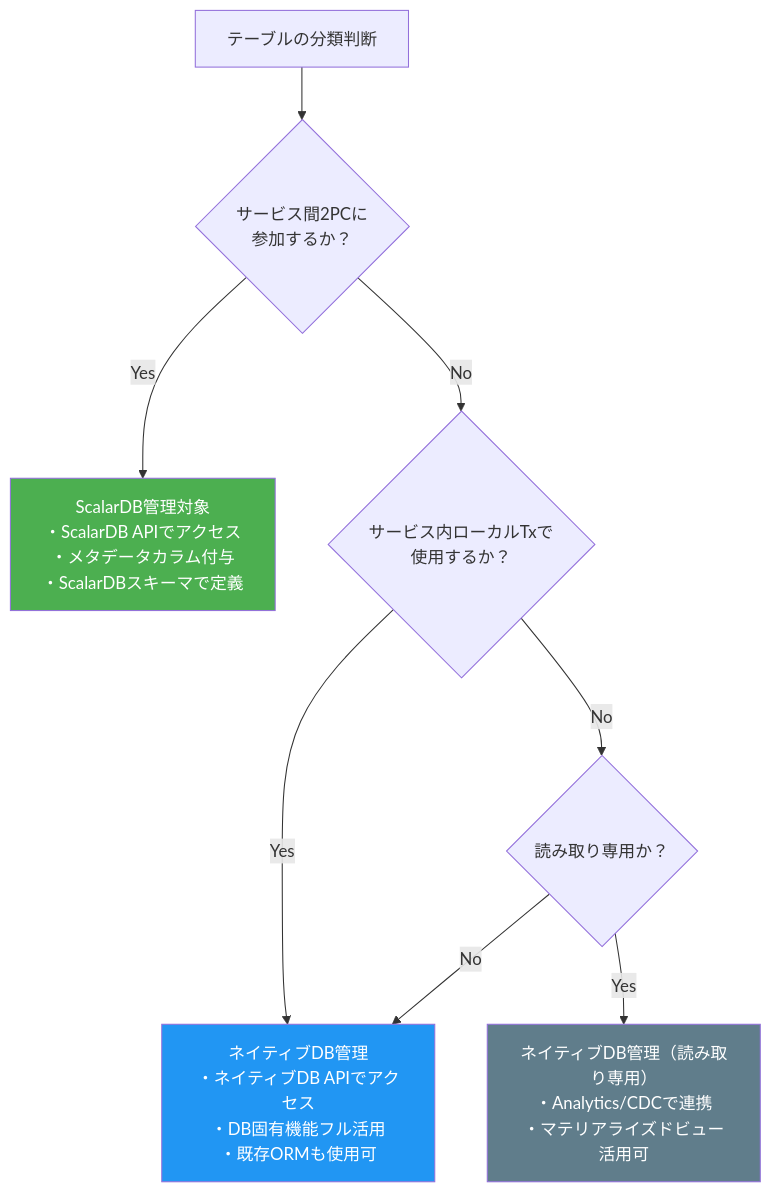
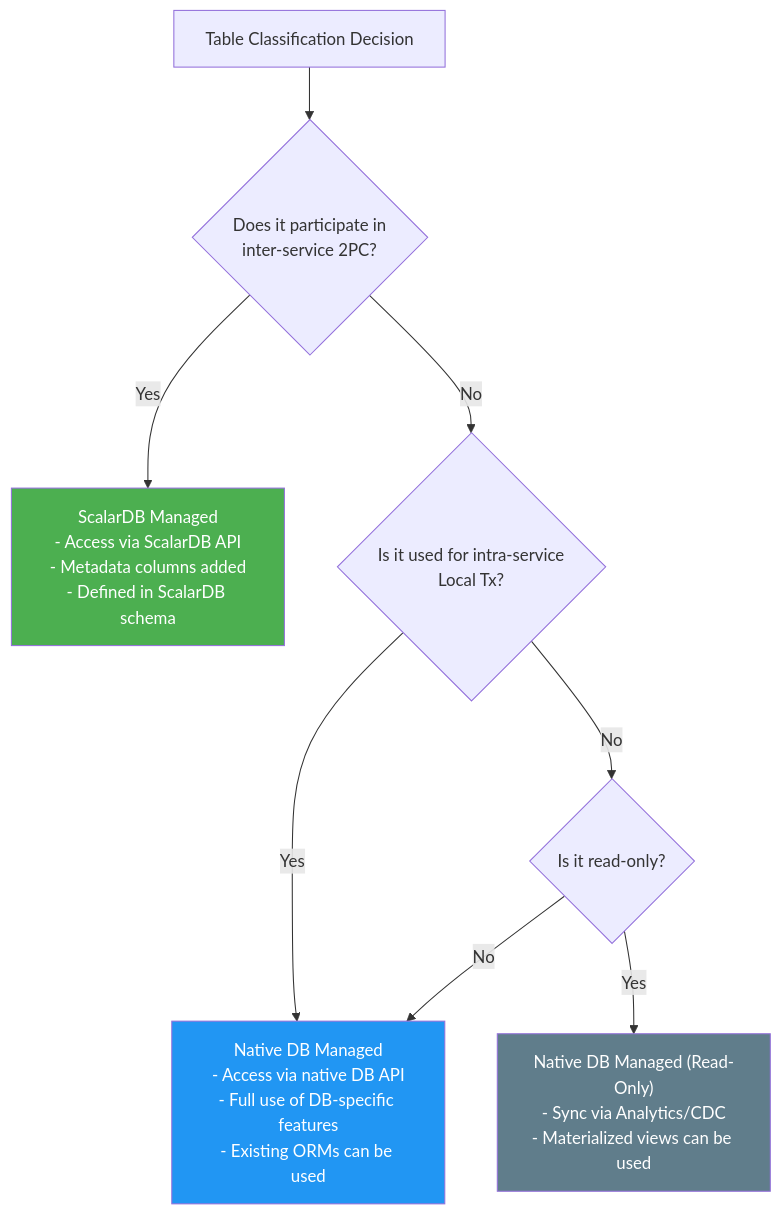
The second of 3 diagrams in workflow/greenfield/03_scalardb_scope_decision.md (wfukatsu/nexus-architect), drawn with Mermaid before and after one commit. The commit also changed other lines of this file and 6 other files, not shown here.

````diff
--- a/workflow/greenfield/03_scalardb_scope_decision.md
+++ b/workflow/greenfield/03_scalardb_scope_decision.md
@@ -75,17 +75,17 @@
 ```mermaid
 flowchart TD
-    TABLE[テーブルの分類判断] --> Q1{サービス間2PCに<br/>参加するか？}
+    TABLE["Table Classification Decision"] --> Q1{"Does it participate in<br/>inter-service 2PC?"}
 
-    Q1 -->|Yes| SCALAR["ScalarDB管理対象<br/>・ScalarDB APIでアクセス<br/>・メタデータカラム付与<br/>・ScalarDBスキーマで定義"]
-    Q1 -->|No| Q2{サービス内ローカルTxで<br/>使用するか？}
+    Q1 -->|Yes| SCALAR["ScalarDB Managed<br/>- Access via ScalarDB API<br/>- Metadata columns added<br/>- Defined in ScalarDB schema"]
+    Q1 -->|No| Q2{"Is it used for intra-service<br/>Local Tx?"}
 
-    Q2 -->|Yes| NATIVE["ネイティブDB管理<br/>・ネイティブDB APIでアクセス<br/>・DB固有機能フル活用<br/>・既存ORMも使用可"]
-    Q2 -->|No| Q3{読み取り専用か？}
+    Q2 -->|Yes| NATIVE["Native DB Managed<br/>- Access via native DB API<br/>- Full use of DB-specific features<br/>- Existing ORMs can be used"]
+    Q2 -->|No| Q3{"Is it read-only?"}
 
-    Q3 -->|Yes| READONLY["ネイティブDB管理（読み取り専用）<br/>・Analytics/CDCで連携<br/>・マテリアライズドビュー活用可"]
+    Q3 -->|Yes| READONLY["Native DB Managed (Read-Only)<br/>- Sync via Analytics/CDC<br/>- Materialized views can be used"]
     Q3 -->|No| NATIVE
 
     style SCALAR fill:#4CAF50,color:#fff
     style NATIVE fill:#2196F3,color:#fff
     style READONLY fill:#607D8B,color:#fff
 ```
````
